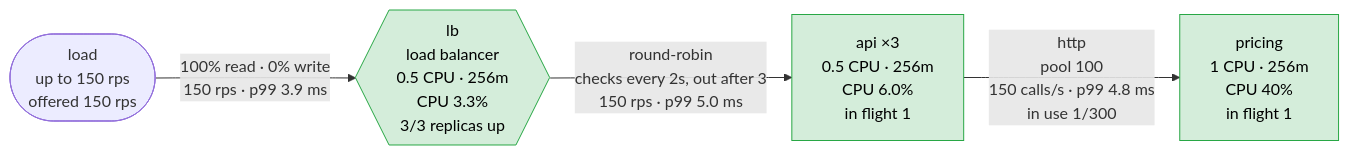
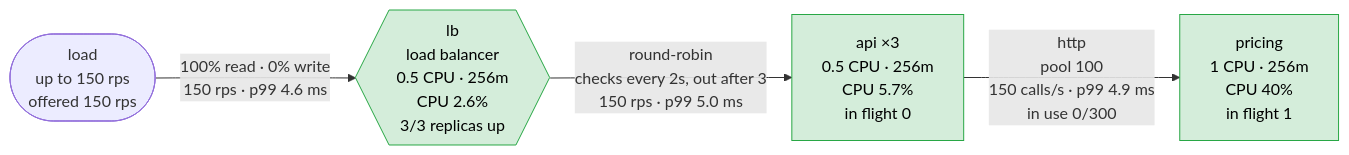
Before and after one commit to akinfemi/load-lore: the first of 5 diagrams in scenarios/slow-dependency/solutions/fewer-retries/report.md, drawn with Mermaid. The commit also changed other lines of this file and 71 other files, not shown here.

````diff
--- a/scenarios/slow-dependency/solutions/fewer-retries/report.md
+++ b/scenarios/slow-dependency/solutions/fewer-retries/report.md
@@ -15,14 +15,14 @@
 ```mermaid
 flowchart LR
     load(["load<br/>up to 150 rps<br/>offered 150 rps"])
-    lb{{"lb<br/>load balancer<br/>0.5 CPU · 256m<br/>CPU 3.3%<br/>3/3 replicas up"}}
-    api["api ×3<br/>0.5 CPU · 256m<br/>CPU 6.0%<br/>in flight 1"]
+    lb{{"lb<br/>load balancer<br/>0.5 CPU · 256m<br/>CPU 2.6%<br/>3/3 replicas up"}}
+    api["api ×3<br/>0.5 CPU · 256m<br/>CPU 5.7%<br/>in flight 0"]
     pricing["pricing<br/>1 CPU · 256m<br/>CPU 40%<br/>in flight 1"]
-    load -->|"100% read · 0% write<br/>150 rps · p99 3.9 ms"| lb
+    load -->|"100% read · 0% write<br/>150 rps · p99 4.6 ms"| lb
     lb -->|"round-robin<br/>checks every 2s, out after 3<br/>150 rps · p99 5.0 ms"| api
-    api -->|"http<br/>pool 100<br/>150 calls/s · p99 4.8 ms<br/>in use 1/300"| pricing
+    api -->|"http<br/>pool 100<br/>150 calls/s · p99 4.9 ms<br/>in use 0/300"| pricing
     classDef ok fill:#d4edda,stroke:#28a745,color:#000
     classDef warm fill:#fff3cd,stroke:#d39e00,color:#000
     classDef hot fill:#f8d7da,stroke:#dc3545,color:#000
     class lb,api,pricing ok
 ```
````
